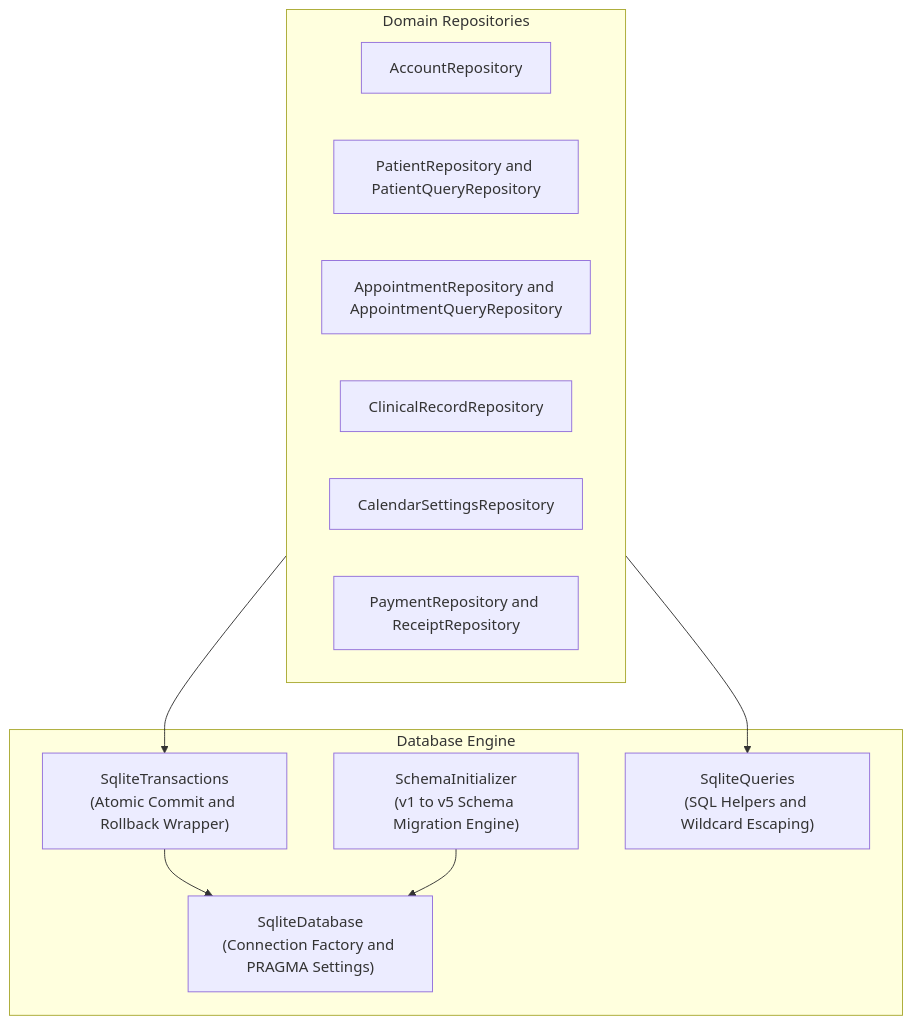
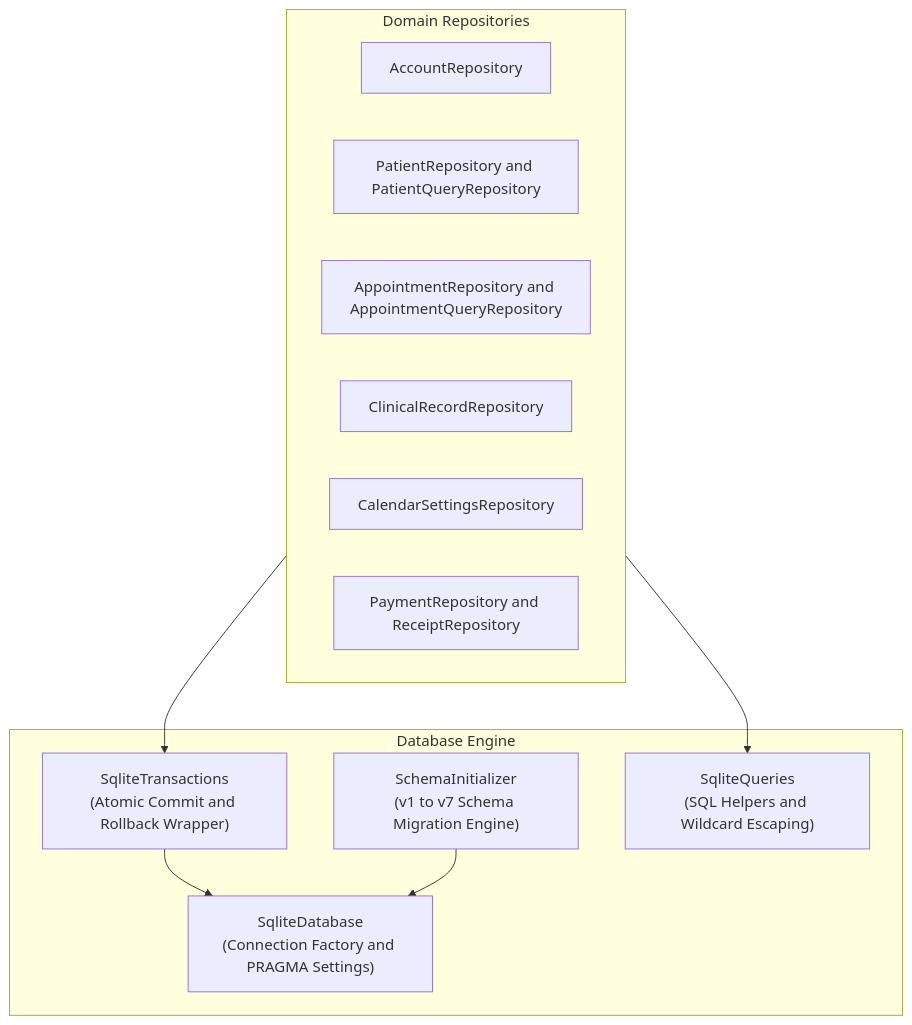
The seventh of 13 diagrams in docs/ArchitectureAndDesign.md (CS3227-2610-MP2-NUSynapxe/CS3227-2610-MP2), drawn with Mermaid before and after one commit. The commit also changed other lines of this file and 1 other file, not shown here.

Commit message:
docs: align ER diagram entities, users table attributes, and migration ledger with v7 schema

````diff
--- a/docs/ArchitectureAndDesign.md
+++ b/docs/ArchitectureAndDesign.md
@@ -234,23 +234,23 @@
 ```mermaid
 flowchart TD
     subgraph CoreStorage["Database Engine"]
         SqliteDb["SqliteDatabase<br/>(Connection Factory and PRAGMA Settings)"]
         TxHelper["SqliteTransactions<br/>(Atomic Commit and Rollback Wrapper)"]
-        Migrator["SchemaInitializer<br/>(v1 to v5 Schema Migration Engine)"]
+        Migrator["SchemaInitializer<br/>(v1 to v7 Schema Migration Engine)"]
         Queries["SqliteQueries<br/>(SQL Helpers and Wildcard Escaping)"]
     end
 
     subgraph Repositories["Domain Repositories"]
         AcctRepo["AccountRepository"]
         PatientRepo["PatientRepository and PatientQueryRepository"]
         ApptRepo["AppointmentRepository and AppointmentQueryRepository"]
         ClinRepo["ClinicalRecordRepository"]
         CalRepo["CalendarSettingsRepository"]
         PayRepo["PaymentRepository and ReceiptRepository"]
     end
 
     Repositories --> TxHelper
     Repositories --> Queries
     TxHelper --> SqliteDb
     Migrator --> SqliteDb
 ```
````
